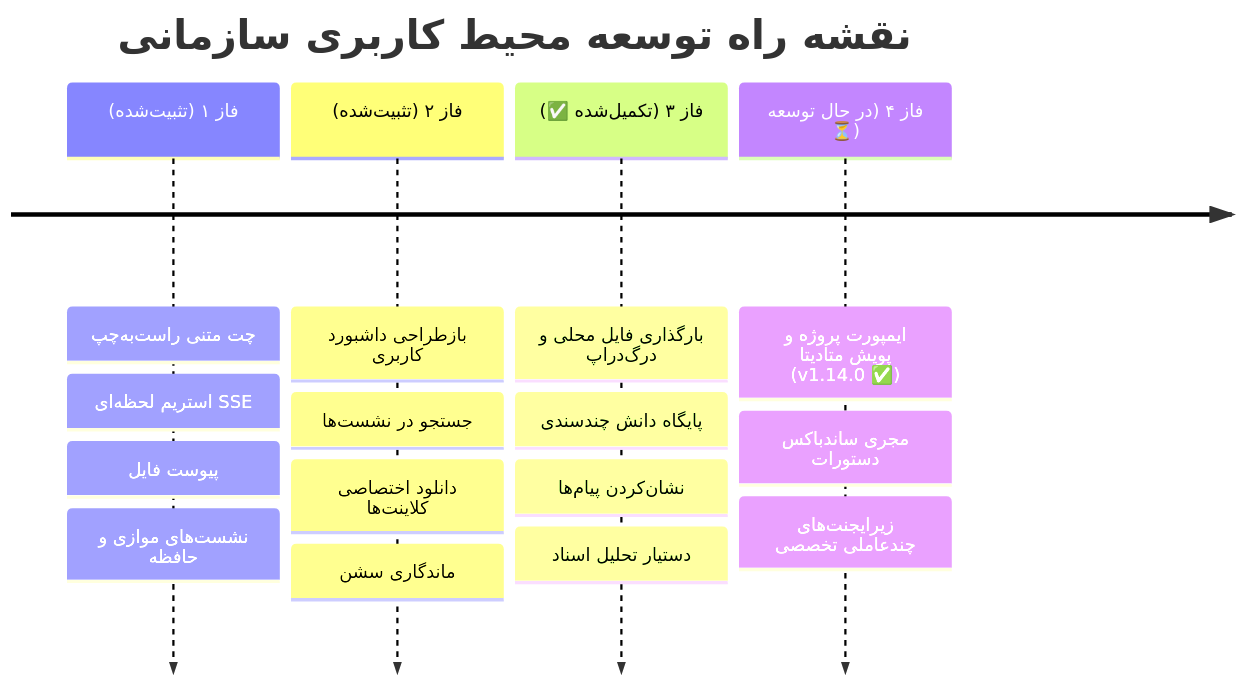
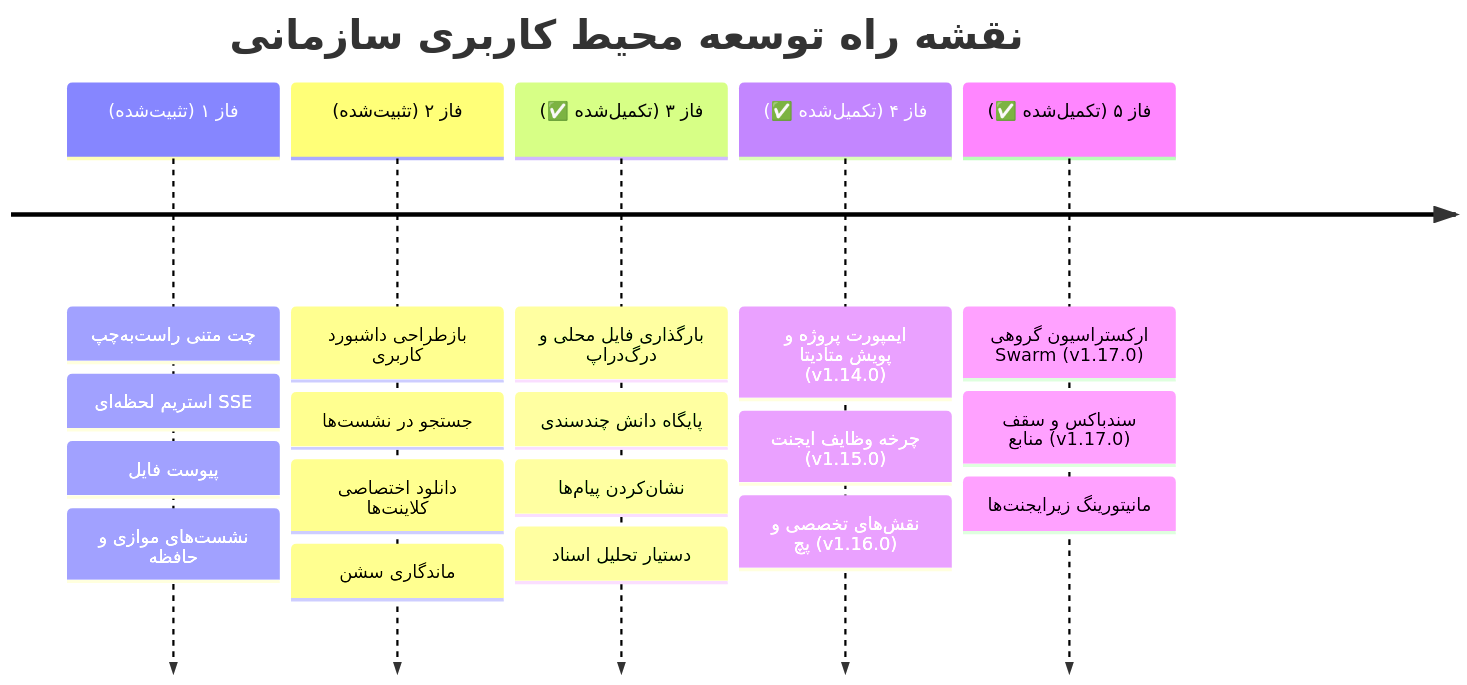
Before and after one commit to RedBoy-011/OmniOps: the third of 3 diagrams in ROADMAP_DUAL_PLANE.fa.md, drawn with Mermaid. The commit also changed other lines of this file and 11 other files, not shown here.

````diff
--- a/ROADMAP_DUAL_PLANE.fa.md
+++ b/ROADMAP_DUAL_PLANE.fa.md
@@ -108,8 +108,9 @@
 ```mermaid
 timeline
     title نقشه راه توسعه محیط کاربری سازمانی
     فاز ۱ (تثبیت‌شده) : چت متنی راست‌به‌چپ : استریم لحظه‌ای SSE : پیوست فایل : نشست‌های موازی و حافظه
     فاز ۲ (تثبیت‌شده) : بازطراحی داشبورد کاربری : جستجو در نشست‌ها : دانلود اختصاصی کلاینت‌ها : ماندگاری سشن
     فاز ۳ (تکمیل‌شده ✅) : بارگذاری فایل محلی و درگ‌دراپ : پایگاه دانش چندسندی : نشان‌کردن پیام‌ها : دستیار تحلیل اسناد
-    فاز ۴ (در حال توسعه ⏳) : ایمپورت پروژه و پویش متادیتا (v1.14.0 ✅) : مجری ساندباکس دستورات : زیرایجنت‌های چندعاملی تخصصی
+    فاز ۴ (تکمیل‌شده ✅) : ایمپورت پروژه و پویش متادیتا (v1.14.0) : چرخه وظایف ایجنت (v1.15.0) : نقش‌های تخصصی و پچ (v1.16.0)
+    فاز ۵ (تکمیل‌شده ✅) : ارکستراسیون گروهی Swarm (v1.17.0) : سندباکس و سقف منابع (v1.17.0) : مانیتورینگ زیرایجنت‌ها
 ```
````
